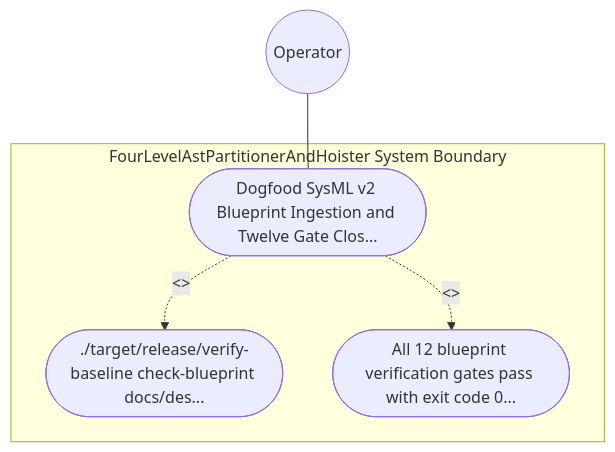
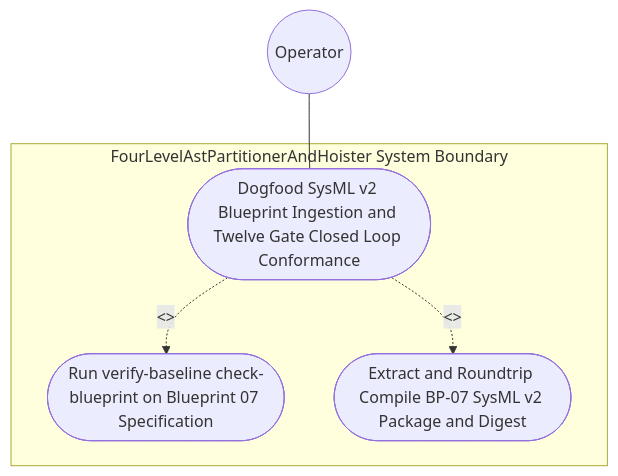
Before and after one commit to gintatkinson/DEAP01-spec-core: the diagram in .pipeline/upstream/docs/use-cases/UC-37-Dogfood_SysML_v2_Blueprint_Ingestion_and_Twelve_Gate_Closed_Loop_Conformance.md, drawn with Mermaid. The commit also changed other lines of this file and 225 other files, not shown here.

````diff
--- a/.pipeline/upstream/docs/use-cases/UC-37-Dogfood_SysML_v2_Blueprint_Ingestion_and_Twelve_Gate_Closed_Loop_Conformance.md
+++ b/.pipeline/upstream/docs/use-cases/UC-37-Dogfood_SysML_v2_Blueprint_Ingestion_and_Twelve_Gate_Closed_Loop_Conformance.md
@@ -16,11 +16,11 @@
 ```mermaid
 graph TD
     subgraph "FourLevelAstPartitionerAndHoister System Boundary"
-        UC_Main(["Dogfood SysML v2 Blueprint Ingestion and Twelve Gate Clos..."])
-        UC_Step01(["./target/release/verify-baseline check-blueprint docs/des..."])
-        UC_Step02(["All 12 blueprint verification gates pass with exit code 0..."])
+        UC_Main(["Dogfood SysML v2 Blueprint Ingestion and Twelve Gate Closed Loop Conformance"])
+        UC_Step01(["Run verify-baseline check-blueprint on Blueprint 07 Specification"])
+        UC_Step02(["Extract and Roundtrip Compile BP-07 SysML v2 Package and Digest"])
     end
     Operator(("Operator")) --- UC_Main
     UC_Main -. "<<include>>" .-> UC_Step01
     UC_Main -. "<<include>>" .-> UC_Step02
 ```
````
